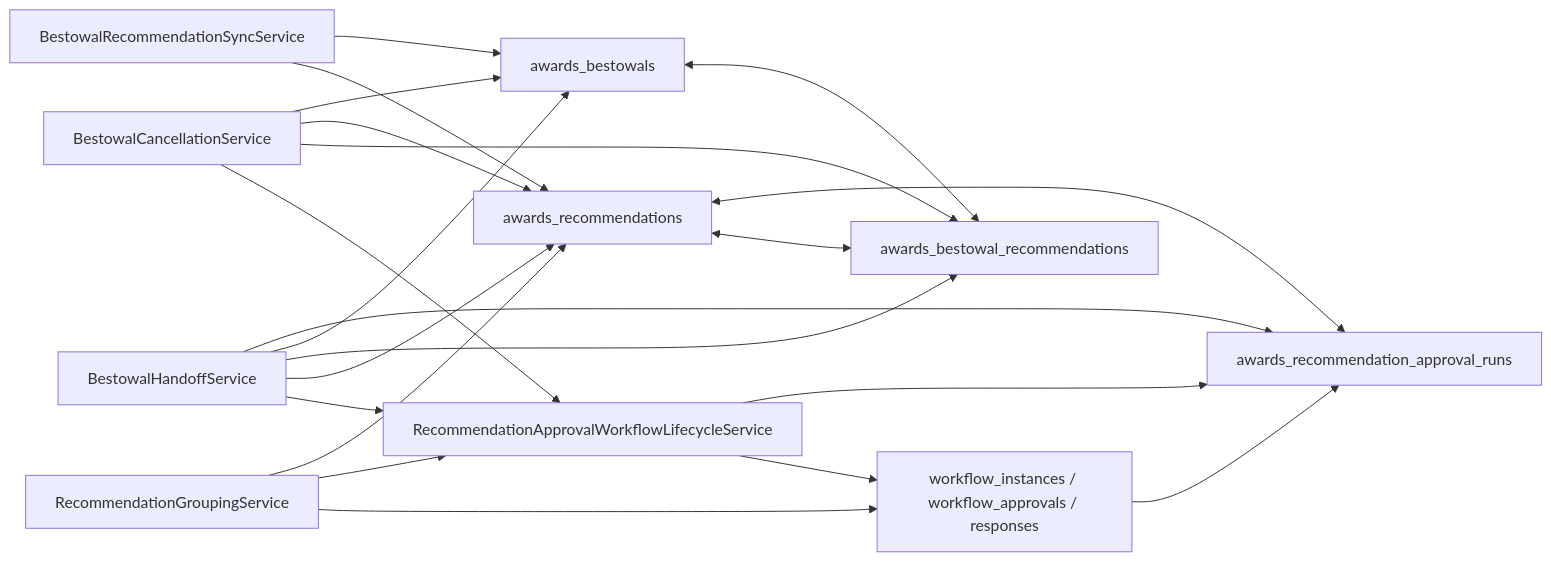
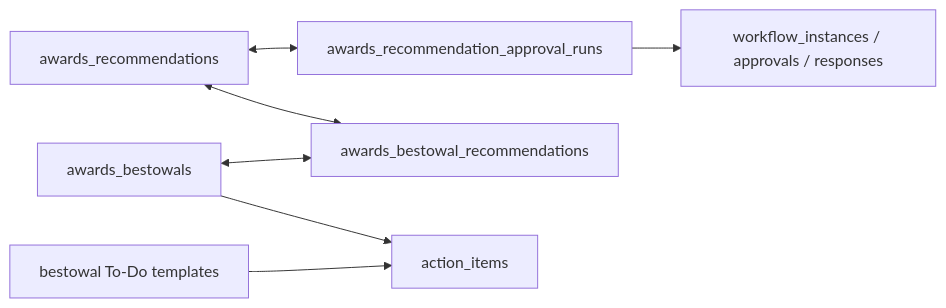
One commit to Ansteorra/KMP changed the fourth of 4 diagrams in app/docs/awards-recommendation-bestowal-workflow-diagrams.md. Above: the diagram before and after it, drawn with Mermaid. The commit also changed other lines of this file and 1907 other files, not shown here.

````diff
--- a/app/docs/awards-recommendation-bestowal-workflow-diagrams.md
+++ b/app/docs/awards-recommendation-bestowal-workflow-diagrams.md
@@ -150,28 +91,9 @@
 ```mermaid
 flowchart LR
     R["awards_recommendations"] <--> AR["awards_recommendation_approval_runs"]
-    R <--> BR["awards_bestowal_recommendations"]
-    B["awards_bestowals"] <--> BR
-    W["workflow_instances / workflow_approvals / responses"] --> AR
-
-    H["BestowalHandoffService"] --> AR
-    H --> B
-    H --> BR
-    H --> R
-    H --> L["RecommendationApprovalWorkflowLifecycleService"]
-
-    S["BestowalRecommendationSyncService"] --> B
-    S --> R
-
-    C["BestowalCancellationService"] --> B
-    C --> R
-    C --> BR
-    C --> L
-
-    G["RecommendationGroupingService"] --> R
-    G --> L
-    G --> W
-
-    L --> AR
-    L --> W
+    AR --> W["workflow_instances / approvals / responses"]
+    R <--> J["awards_bestowal_recommendations"]
+    B["awards_bestowals"] <--> J
+    B --> AI["action_items"]
+    T["bestowal To-Do templates"] --> AI
 ```
````
